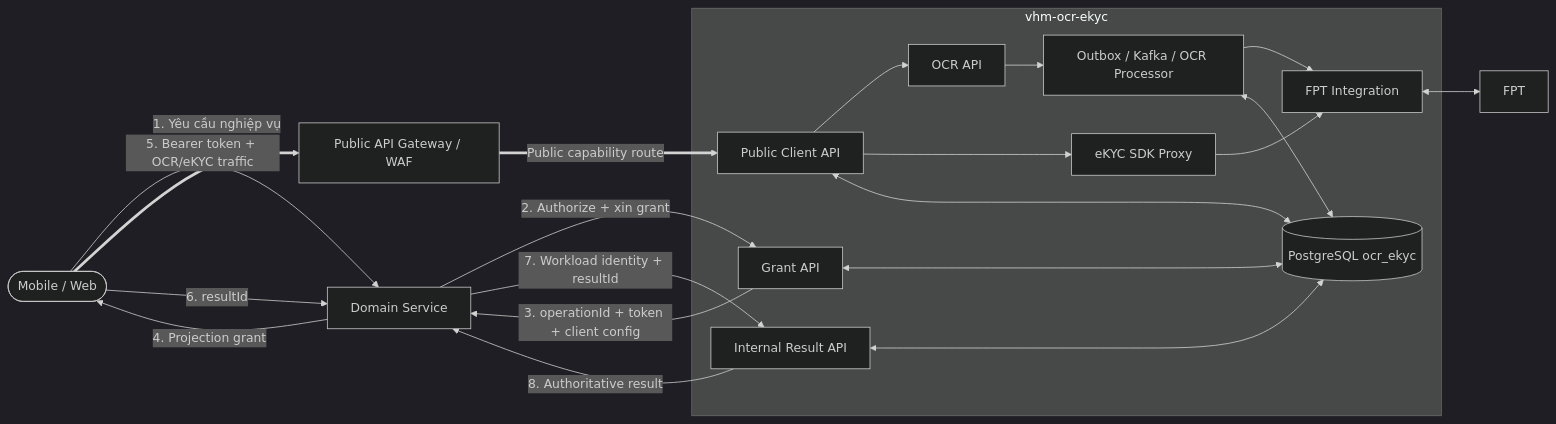
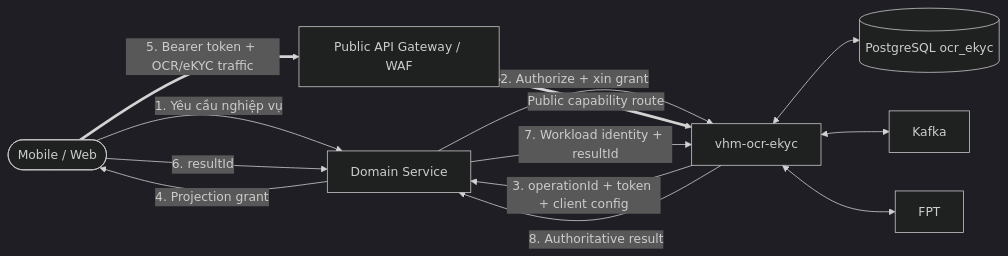
Before and after one commit to huynv-xyz/vhm: the first of 6 diagrams in tdd-ocr-ekyc-delegated-client-flow.md, drawn with Mermaid (dark theme). The commit also changed other lines of this file, not shown here.

````diff
--- a/tdd-ocr-ekyc-delegated-client-flow.md
+++ b/tdd-ocr-ekyc-delegated-client-flow.md
@@ -107,41 +107,25 @@
 ```mermaid
 flowchart LR
     CLIENT([Mobile / Web])
     DOMAIN[Domain Service]
     EDGE[Public API Gateway / WAF]
-
-    subgraph OCR_EKYC[vhm-ocr-ekyc]
-        GRANT[Grant API]
-        PUBLIC[Public Client API]
-        RESULT[Internal Result API]
-        PROXY[eKYC SDK Proxy]
-        OCRAPI[OCR API]
-        DB[(PostgreSQL ocr_ekyc)]
-        ASYNC[Outbox / Kafka / OCR Processor]
-        INTEGRATION[FPT Integration]
-    end
-
+    OCR_EKYC[vhm-ocr-ekyc]
+    DB[(PostgreSQL ocr_ekyc)]
+    KAFKA[Kafka]
     FPT[FPT]
 
     CLIENT -->|1. Yêu cầu nghiệp vụ| DOMAIN
-    DOMAIN -->|2. Authorize + xin grant| GRANT
-    GRANT -->|3. operationId + token + client config| DOMAIN
+    DOMAIN -->|2. Authorize + xin grant| OCR_EKYC
+    OCR_EKYC -->|3. operationId + token + client config| DOMAIN
     DOMAIN -->|4. Projection grant| CLIENT
 
     CLIENT ==>|5. Bearer token + OCR/eKYC traffic| EDGE
-    EDGE ==>|Public capability route| PUBLIC
-    PUBLIC --> OCRAPI
-    PUBLIC --> PROXY
-    OCRAPI --> ASYNC
-    ASYNC --> INTEGRATION
-    PROXY --> INTEGRATION
-    INTEGRATION <--> FPT
-    GRANT <--> DB
-    PUBLIC <--> DB
-    ASYNC <--> DB
+    EDGE ==>|Public capability route| OCR_EKYC
+    OCR_EKYC <--> DB
+    OCR_EKYC <--> KAFKA
+    OCR_EKYC <--> FPT
 
     CLIENT -->|6. resultId| DOMAIN
-    DOMAIN -->|7. Workload identity + resultId| RESULT
-    RESULT -->|8. Authoritative result| DOMAIN
-    RESULT <--> DB
+    DOMAIN -->|7. Workload identity + resultId| OCR_EKYC
+    OCR_EKYC -->|8. Authoritative result| DOMAIN
 ```
````
